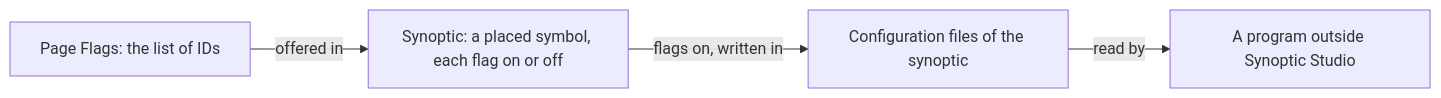
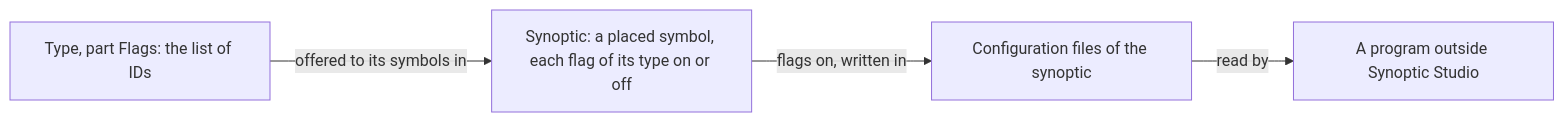
Before and after one commit to AlexandreGallais/synoptic-studio-spec: the diagram in metadata/14-flags.md, drawn with Mermaid. The commit also changed other lines of this file and 9 other files, not shown here.

First line of the commit message:
docs(metadata): make flags a part of the type

````diff
--- a/metadata/14-flags.md
+++ b/metadata/14-flags.md
@@ -19,6 +22,6 @@
 ```mermaid
 flowchart LR
-    P["Page Flags: the list of IDs"] -->|"offered in"| S["Synoptic: a placed symbol, each flag on or off"]
+    P["Type, part Flags: the list of IDs"] -->|"offered to its symbols in"| S["Synoptic: a placed symbol, each flag of its type on or off"]
     S -->|"flags on, written in"| C["Configuration files of the synoptic"]
     C -->|"read by"| X["A program outside Synoptic Studio"]
 ```
````
